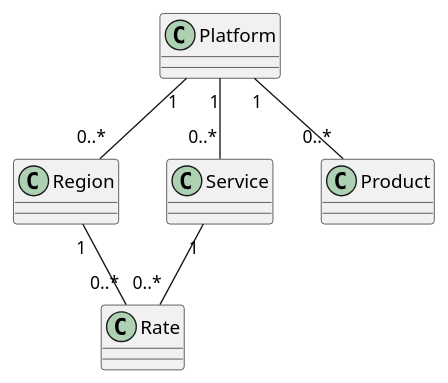
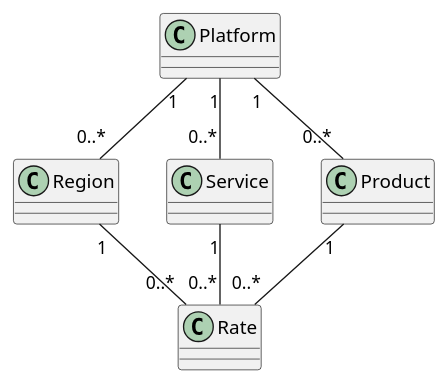
One commit to huybrechtsxyz/huybrechtsxyz changed the diagram in src/website/Huybrechts.Core/Platform/_.plantuml. Above: the diagram before and after it, drawn with PlantUML. The commit also changed 37 other files, not shown here.

```diff
--- a/src/website/Huybrechts.Core/Platform/_.plantuml
+++ b/src/website/Huybrechts.Core/Platform/_.plantuml
@@ -1,26 +1,28 @@
 @startuml Platform CD
 
 class Platform {
 }
 
 class Region {
 }
 
 Platform "1" -- "0..*" Region
 
 class Service {
 }
 
 Platform "1" -- "0..*" Service
 
 class Product {
 }
 
 Platform "1" -- "0..*" Product
 
+class Rate {
+}
 
-
+Product "1" -- "0..*" Rate
 Region "1" -- "0..*" Rate
 Service "1" -- "0..*" Rate
 
 @enduml
```
